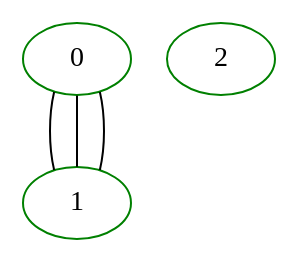
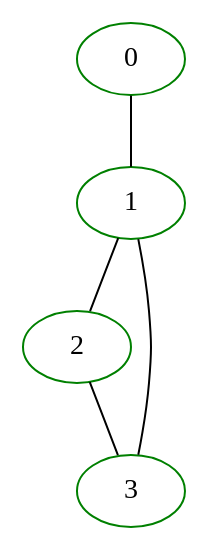
Before and after one commit to FEDOROV-ALEXANDER/Course-Project-Visualization-graph-Cpp: the diagram in graph.dot, drawn with Graphviz. The commit also changed 2 other files, not shown here.

```diff
--- a/graph.dot
+++ b/graph.dot
@@ -1,8 +1,10 @@
 graph G {
 0[color=green];
 1[color=green];
 2[color=green];
+3[color=green];
 0--1 ;
-0--1 ;
-0--1 ;
+2--3 ;
+1--3 ;
+1--2 ;
 }
```
